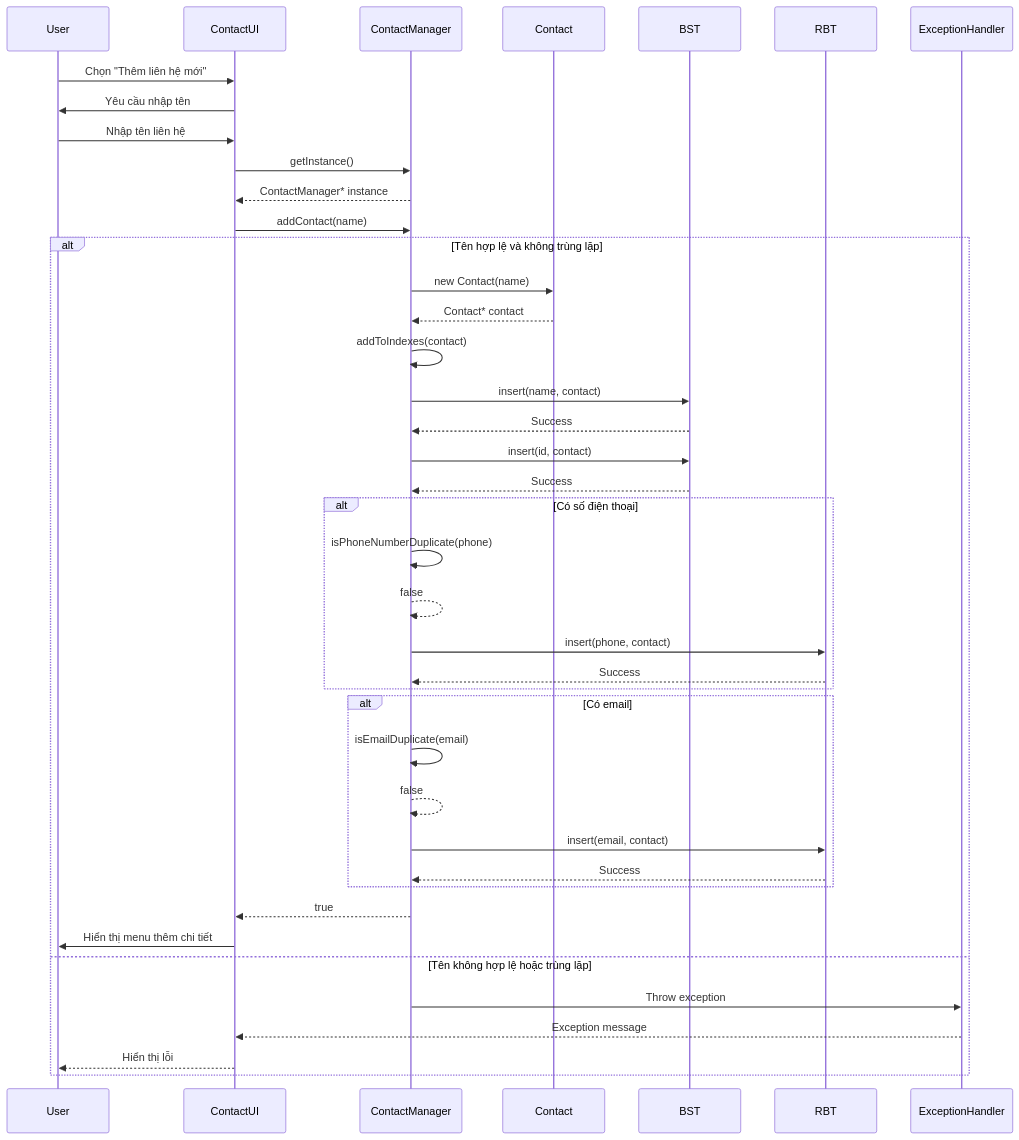
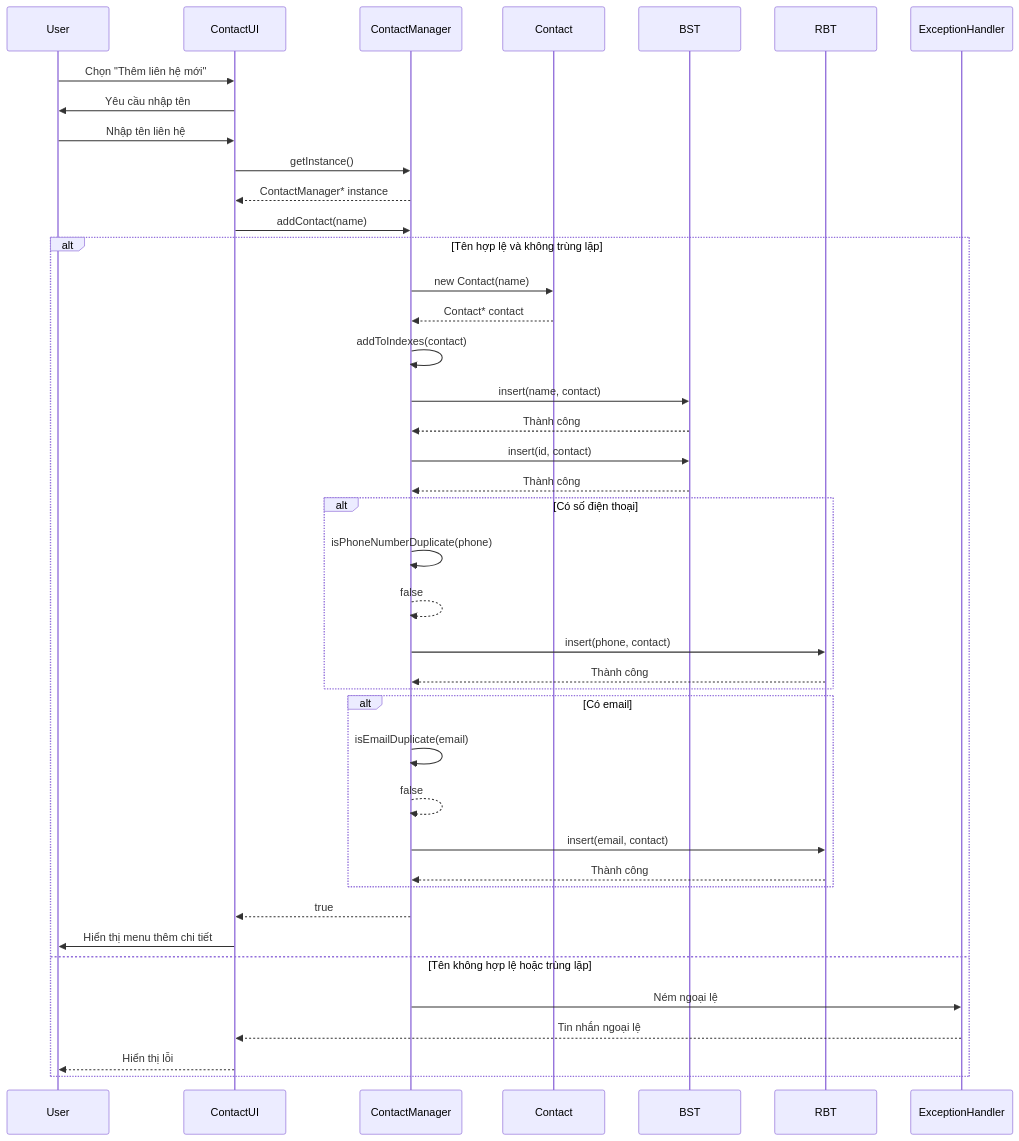
The eighth of 15 diagrams in docs/UML_Documentation_Improved.md (TaiLoiZzzz/DSA_PROJECT), drawn with Mermaid before and after one commit. The commit also changed other lines of this file and 1 other file, not shown here.

````diff
--- a/docs/UML_Documentation_Improved.md
+++ b/docs/UML_Documentation_Improved.md
@@ -355,52 +355,52 @@
 ```mermaid
 sequenceDiagram
     participant User
     participant ContactUI
     participant ContactManager
     participant Contact
     participant BST
     participant RBT
     participant ExceptionHandler
     
     User->>ContactUI: Chọn "Thêm liên hệ mới"
     ContactUI->>User: Yêu cầu nhập tên
     User->>ContactUI: Nhập tên liên hệ
     ContactUI->>ContactManager: getInstance()
     ContactManager-->>ContactUI: ContactManager* instance
     
     ContactUI->>ContactManager: addContact(name)
     
     alt Tên hợp lệ và không trùng lặp
         ContactManager->>Contact: new Contact(name)
         Contact-->>ContactManager: Contact* contact
         ContactManager->>ContactManager: addToIndexes(contact)
         
         ContactManager->>BST: insert(name, contact)
-        BST-->>ContactManager: Success
+        BST-->>ContactManager: Thành công
         
         ContactManager->>BST: insert(id, contact)
-        BST-->>ContactManager: Success
+        BST-->>ContactManager: Thành công
         
         alt Có số điện thoại
             ContactManager->>ContactManager: isPhoneNumberDuplicate(phone)
             ContactManager-->>ContactManager: false
             ContactManager->>RBT: insert(phone, contact)
-            RBT-->>ContactManager: Success
+            RBT-->>ContactManager: Thành công
         end
         
         alt Có email
             ContactManager->>ContactManager: isEmailDuplicate(email)
             ContactManager-->>ContactManager: false
             ContactManager->>RBT: insert(email, contact)
-            RBT-->>ContactManager: Success
+            RBT-->>ContactManager: Thành công
         end
         
         ContactManager-->>ContactUI: true
         ContactUI->>User: Hiển thị menu thêm chi tiết
         
     else Tên không hợp lệ hoặc trùng lặp
-        ContactManager->>ExceptionHandler: Throw exception
-        ExceptionHandler-->>ContactUI: Exception message
+        ContactManager->>ExceptionHandler: Ném ngoại lệ
+        ExceptionHandler-->>ContactUI: Tin nhắn ngoại lệ
         ContactUI-->>User: Hiển thị lỗi
     end
 ```
````
